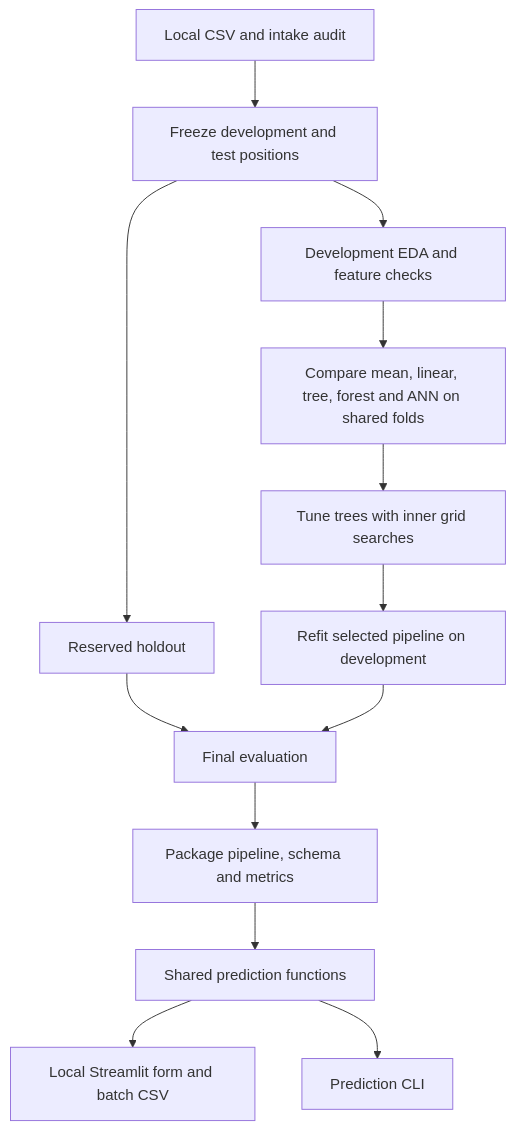
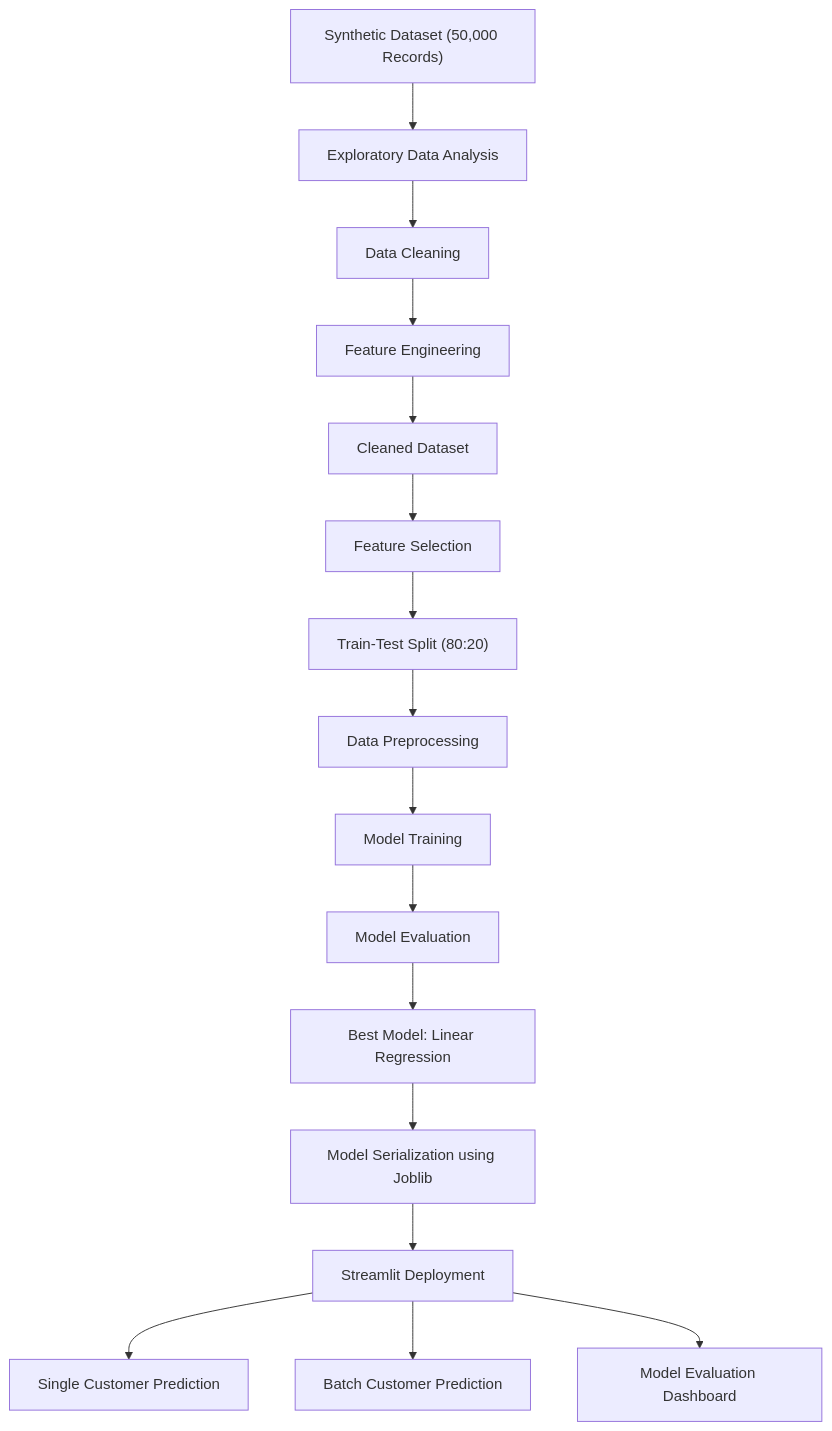
The diagram in README.md (amriteshsingh956-tech/Code_Poison_HCL_Tech_Hackathon), drawn with Mermaid before and after one commit. The commit also changed other lines of this file, not shown here.

````diff
--- a/README.md
+++ b/README.md
@@ -75,15 +27,18 @@
 ```mermaid
 flowchart TD
-    A["Local CSV and intake audit"] --> B["Freeze development and test positions"]
-    B --> C["Development EDA and feature checks"]
-    C --> D["Compare mean, linear, tree, forest and ANN on shared folds"]
-    D --> E["Tune trees with inner grid searches"]
-    E --> F["Refit selected pipeline on development"]
-    B --> H["Reserved holdout"]
-    H --> G["Final evaluation"]
-    F --> G
-    G --> P["Package pipeline, schema and metrics"]
-    P --> I["Shared prediction functions"]
-    I --> J["Local Streamlit form and batch CSV"]
-    I --> K["Prediction CLI"]
+    A["Synthetic Dataset (50,000 Records)"] --> B["Exploratory Data Analysis"]
+    B --> C["Data Cleaning"]
+    C --> D["Feature Engineering"]
+    D --> E["Cleaned Dataset"]
+    E --> F["Feature Selection"]
+    F --> G["Train-Test Split (80:20)"]
+    G --> H["Data Preprocessing"]
+    H --> I["Model Training"]
+    I --> J["Model Evaluation"]
+    J --> K["Best Model: Linear Regression"]
+    K --> L["Model Serialization using Joblib"]
+    L --> M["Streamlit Deployment"]
+    M --> N["Single Customer Prediction"]
+    M --> O["Batch Customer Prediction"]
+    M --> P["Model Evaluation Dashboard"]
 ```
````
